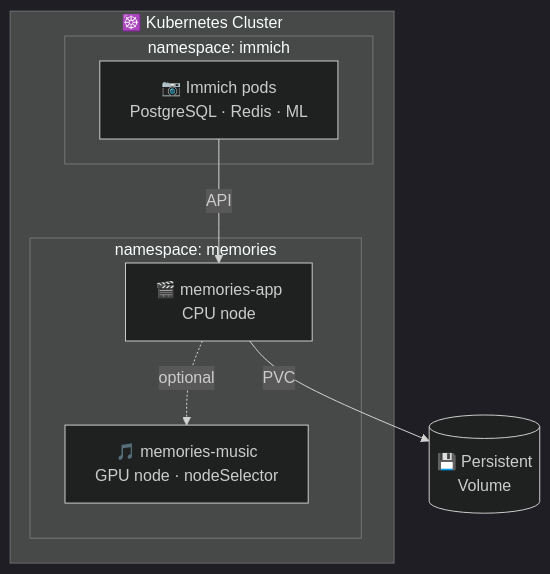
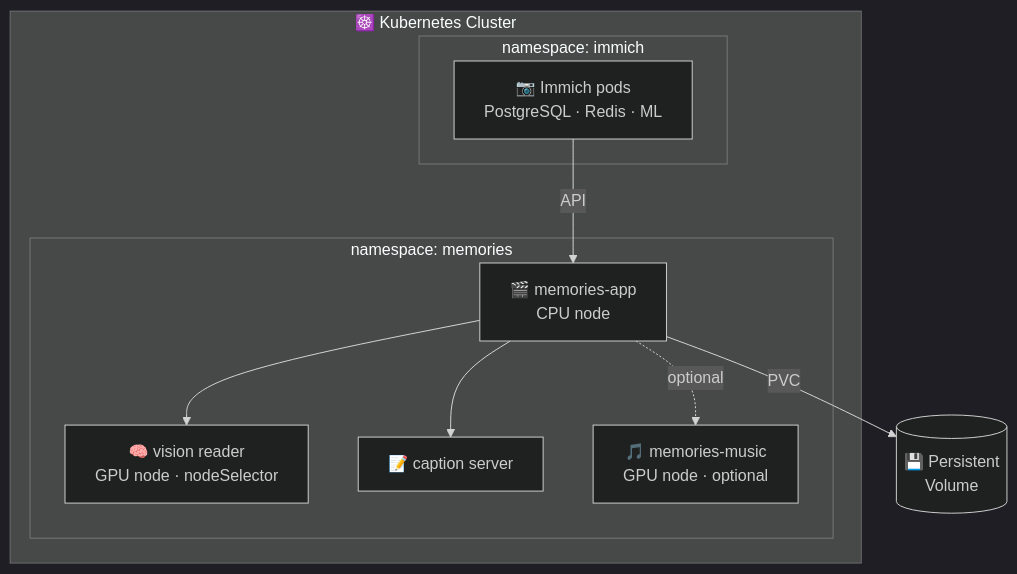
The diagram in docs-site/diagrams/setup-k8s.mmd (chenzeyan54-commits/immich-video-memory-generator), drawn with Mermaid (dark theme) before and after one commit. The commit also changed 74 other files, not shown here.

```diff
--- a/docs-site/diagrams/setup-k8s.mmd
+++ b/docs-site/diagrams/setup-k8s.mmd
@@ -1,14 +1,18 @@
 graph TB
     subgraph K8s["☸️ Kubernetes Cluster"]
         subgraph NS1["namespace: immich"]
             ImmichPods["📷 Immich pods<br/>PostgreSQL · Redis · ML"]
         end
         subgraph NS2["namespace: memories"]
             App["🎬 memories-app<br/>CPU node"]
-            Music["🎵 memories-music<br/>GPU node · nodeSelector"]
+            Reader["🧠 vision reader<br/>GPU node · nodeSelector"]
+            Caption["📝 caption server"]
+            Music["🎵 memories-music<br/>GPU node · optional"]
         end
     end
 
     ImmichPods -->|API| App
+    App --> Reader
+    App --> Caption
     App -.->|optional| Music
     App -->|PVC| Storage[("💾 Persistent<br/>Volume")]
```
